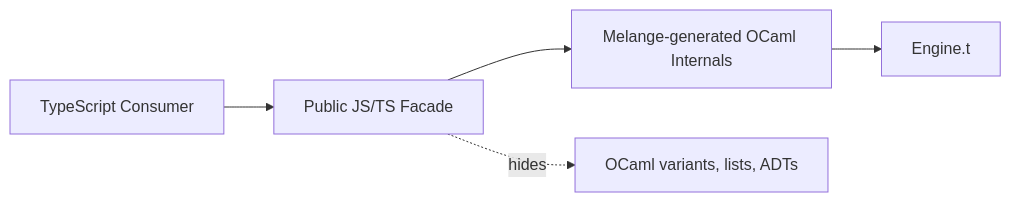
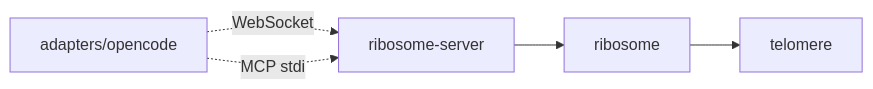
The third of 4 diagrams in architecture.md (unhingingdog/ribosome-ui), drawn with Mermaid before and after one commit. The commit also changed other lines of this file and 2 other files, not shown here.

Commit message:
docs: architecture and plan for rebuild

````diff
--- a/architecture.md
+++ b/architecture.md
@@ -248,13 +67,12 @@
 ```mermaid
 flowchart LR
-  App[TypeScript Consumer]
-  PublicAPI[Public JS/TS Facade]
-  Internal[Melange-generated OCaml Internals]
-  Engine[Engine.t]
+  Telomere[telomere]
+  Ribosome[ribosome]
+  Server[ribosome-server]
+  Adapter[adapters/opencode]
 
-  App --> PublicAPI
-  PublicAPI --> Internal
-  Internal --> Engine
-
-  PublicAPI -.hides.-> Variants[OCaml variants, lists, ADTs]
+  Ribosome --> Telomere
+  Server --> Ribosome
+  Adapter -.WebSocket.-> Server
+  Adapter -.MCP stdio.-> Server
 ```
````
